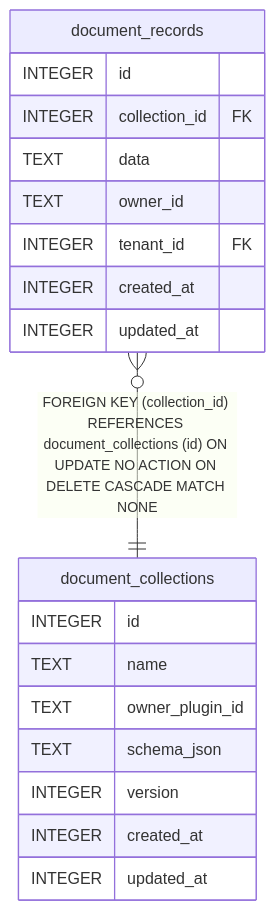
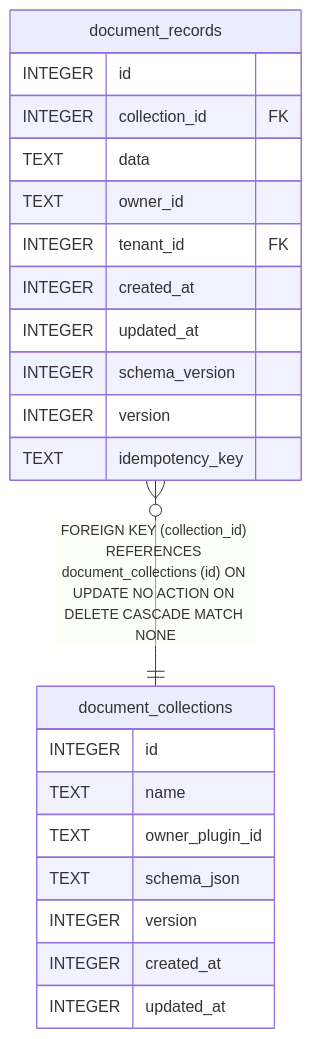
One commit to ktbhealth/docs changed the diagram in content/docs/en/developers/plugins/document-store/reference/schema.mmd. Above: the diagram before and after it, drawn with Mermaid. The commit also changed 33 other files, not shown here.

First line of the commit message:
docs(erd): regen after eval pipeline unification (product#138)

```diff
--- a/content/docs/en/developers/plugins/document-store/reference/schema.mmd
+++ b/content/docs/en/developers/plugins/document-store/reference/schema.mmd
@@ -1,22 +1,25 @@
 erDiagram
 
 "document_records" }o--|| "document_collections" : "FOREIGN KEY (collection_id) REFERENCES document_collections (id) ON UPDATE NO ACTION ON DELETE CASCADE MATCH NONE"
 
 "document_collections" {
   INTEGER id
   TEXT name
   TEXT owner_plugin_id
   TEXT schema_json
   INTEGER version
   INTEGER created_at
   INTEGER updated_at
 }
 "document_records" {
   INTEGER id
   INTEGER collection_id FK
   TEXT data
   TEXT owner_id
   INTEGER tenant_id FK
   INTEGER created_at
   INTEGER updated_at
+  INTEGER schema_version
+  INTEGER version
+  TEXT idempotency_key
 }
```
